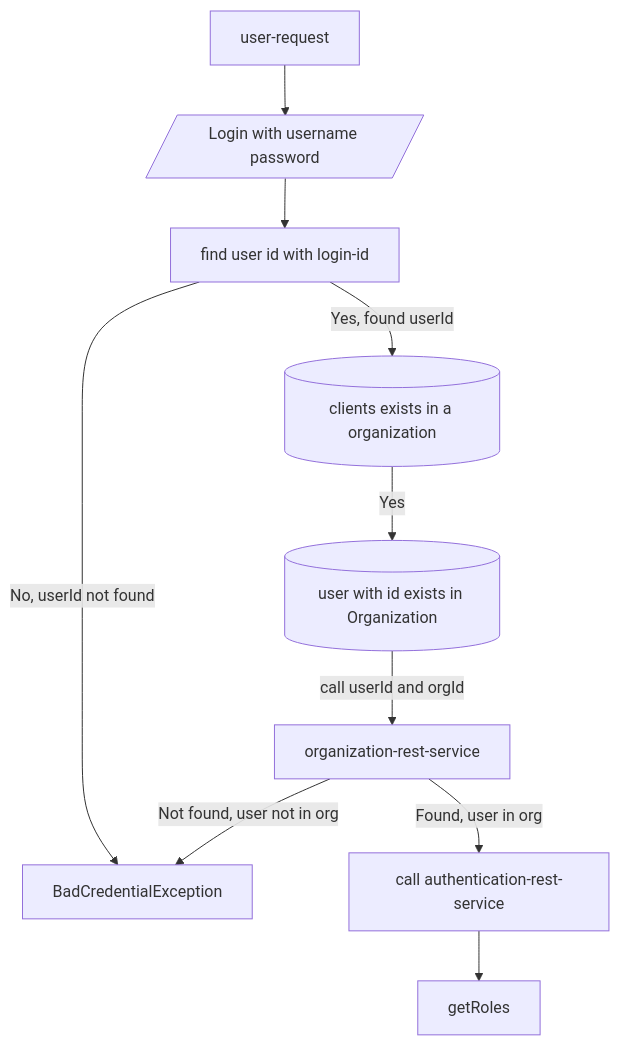
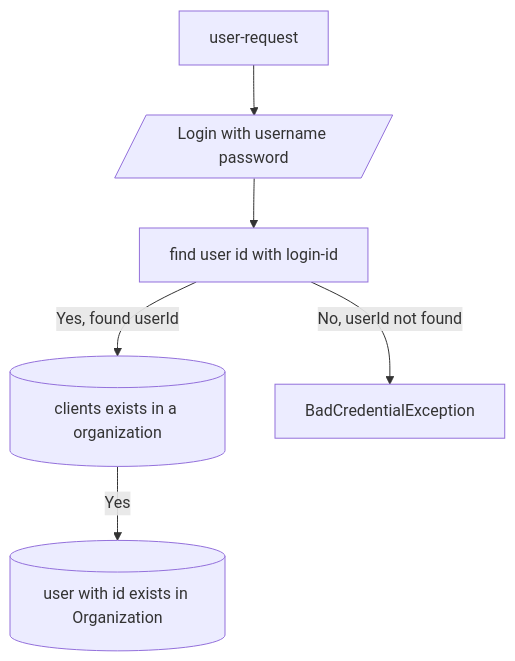
The diagram in README.md (sonamsamdupkhangsar/spring-authorization-serve), drawn with Mermaid before and after one commit.

Commit message:
commit reademe

````diff
--- a/README.md
+++ b/README.md
@@ -35,12 +35,9 @@
 ```mermaid
 flowchart TD
  User[user-request] -->login[/Login with username password/]
  login --> findUserId[find user id with login-id]
- findUserId -->|Yes, found userId| checkClientInOrg[(clients exists in a organization)]
- findUserId -->|No, userId not found| returnError[BadCredentialException]
+ findUserId -->|Yes, found userId|checkClientInOrg[(clients exists in a organization)]
+ findUserId -->|No, userId not found|returnError[BadCredentialException]
  checkClientInOrg -->|Yes| userExistsInOrg[(user with id exists in Organization)]
- userExistsInOrg --call userId and orgId-->organization-rest-service
- organization-rest-service -->|Found, user in org|authenticate[call authentication-rest-service]
- organization-rest-service -->|Not found, user not in org| returnError
- authenticate --> getRoles
+
 ```
````
